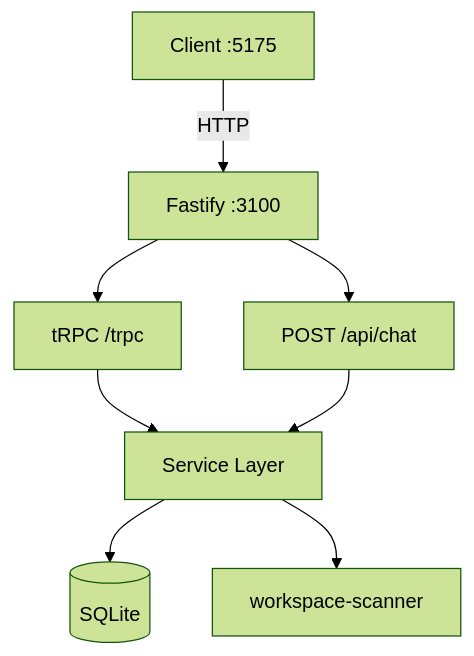
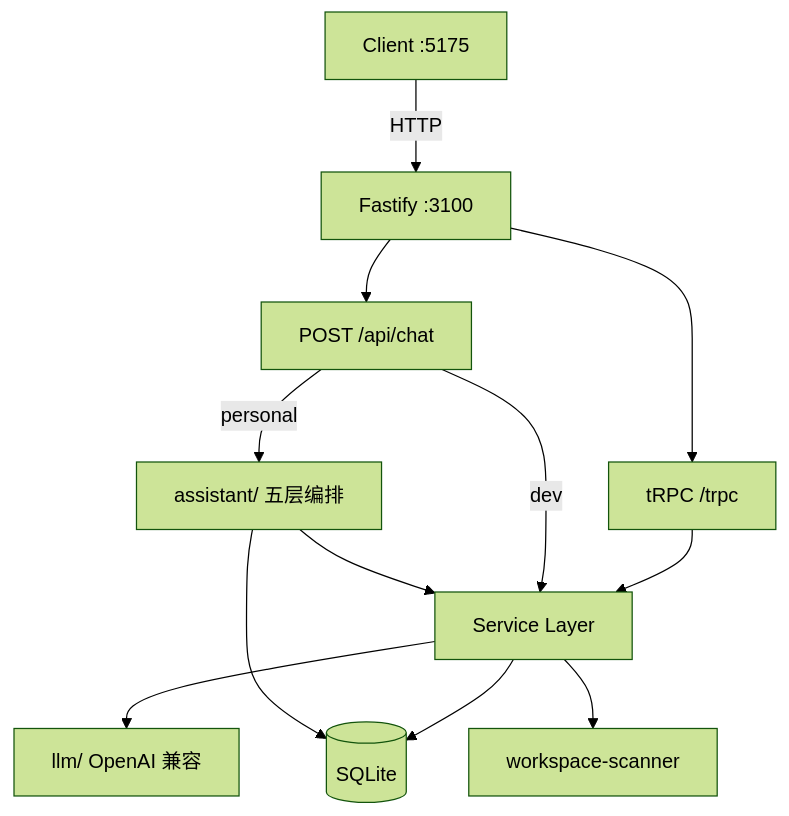
One commit to Neo-share/personal-work-dashboard changed the first of 2 diagrams in server/ARCHITECTURE.md. Above: the diagram before and after it, drawn with Mermaid (forest theme). The commit also changed other lines of this file and 5 other files, not shown here.

First line of the commit message:
AI: #000000 同步各包 AGENTS 与 ARCHITECTURE 文档

````diff
--- a/server/ARCHITECTURE.md
+++ b/server/ARCHITECTURE.md
@@ -11,15 +11,21 @@
 ```mermaid
 flowchart TB
   Client[Client :5175]
   Fastify[Fastify :3100]
   TRPC[tRPC /trpc]
   Chat[POST /api/chat]
   Services[Service Layer]
+  Assistant[assistant/ 五层编排]
+  LLM[llm/ OpenAI 兼容]
   Scanner[workspace-scanner]
   DB[(SQLite)]
 
   Client -->|HTTP| Fastify
   Fastify --> TRPC --> Services --> DB
-  Fastify --> Chat --> Services
+  Fastify --> Chat
+  Chat -->|dev| Services
+  Chat -->|personal| Assistant --> Services
+  Services --> LLM
   Services --> Scanner
+  Assistant --> DB
 ```
````
